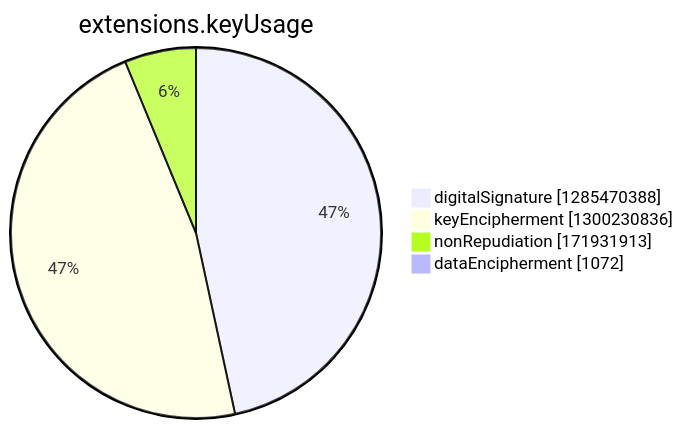
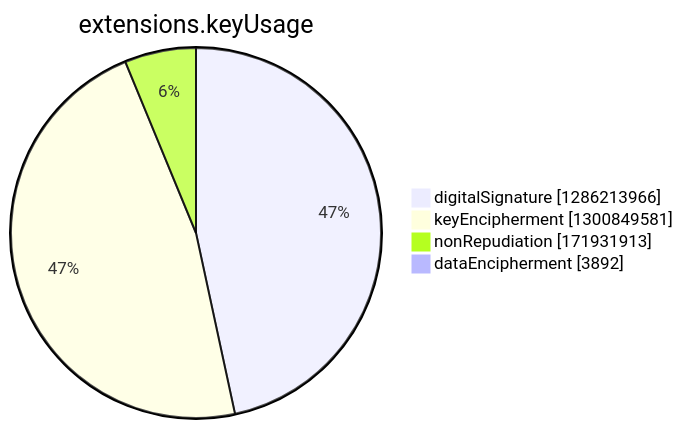
One commit to christiankrug/ctmonitor_visualization changed the seventh of 15 diagrams in argon2022/README.md. Above: the diagram before and after it, drawn with Mermaid. The commit also changed other lines of this file, not shown here.

````diff
--- a/argon2022/README.md
+++ b/argon2022/README.md
@@ -2748,8 +2748,8 @@
 ```mermaid
 pie showData
 title extensions.keyUsage
-"digitalSignature" :1285470388
-"keyEncipherment" :1300230836
+"digitalSignature" :1286213966
+"keyEncipherment" :1300849581
 "nonRepudiation" :171931913
-"dataEncipherment" :1072
+"dataEncipherment" :3892
 ```
````
